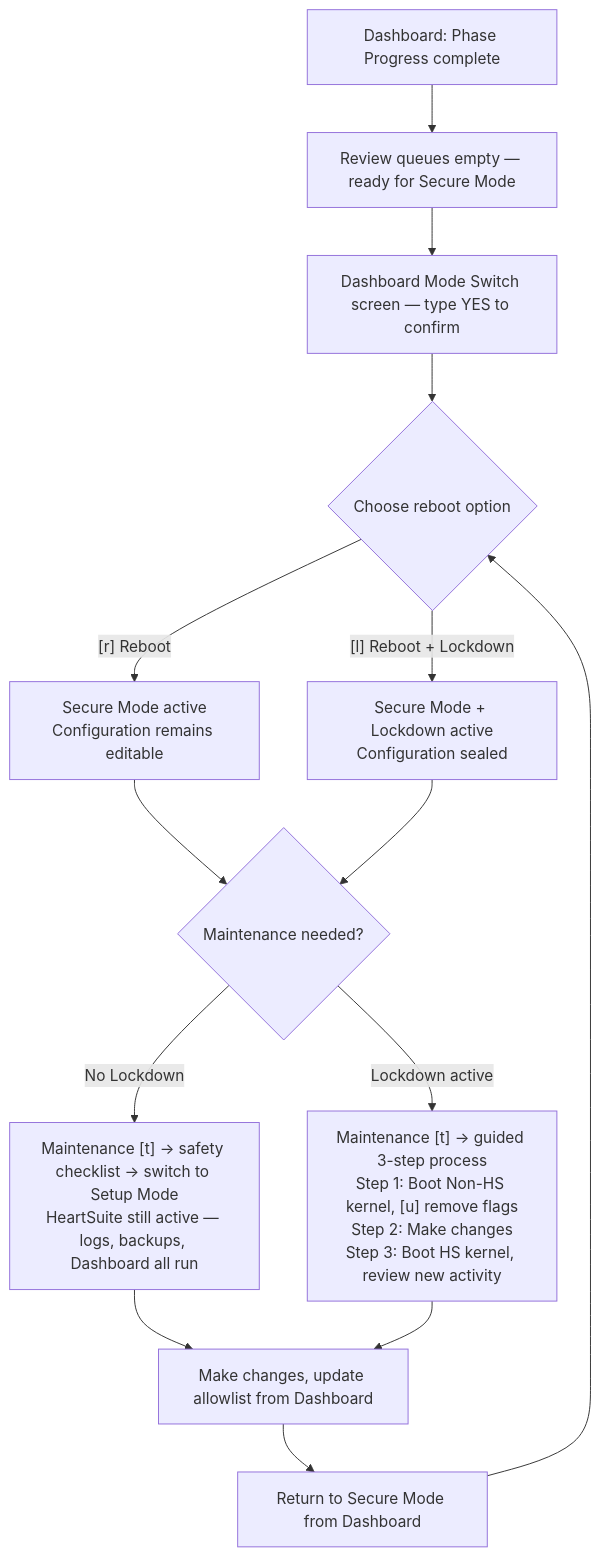
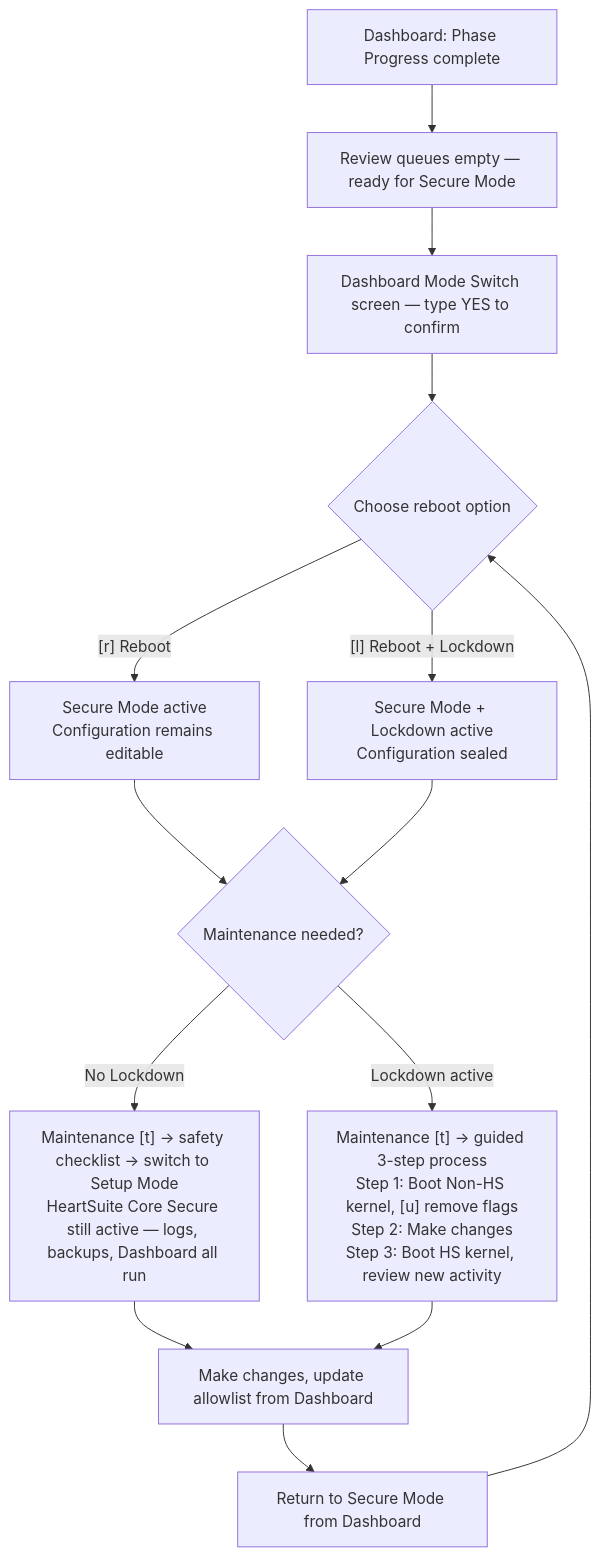
Before and after one commit to HeartSecuritySuite/heartsuite-docs: the diagram in content/en/docs/mode-switching/index.md, drawn with Mermaid. The commit also changed other lines of this file and 404 other files, not shown here.

````diff
--- a/content/en/docs/mode-switching/index.md
+++ b/content/en/docs/mode-switching/index.md
@@ -52,16 +52,16 @@
 ```mermaid
 graph TD
     A["Dashboard: Phase Progress complete"] --> B["Review queues empty — ready for Secure Mode"];
     B --> C["Dashboard Mode Switch screen — type YES to confirm"];
     C --> D{"Choose reboot option"};
     D --> |"[r] Reboot"| E["Secure Mode active\nConfiguration remains editable"];
     D --> |"[l] Reboot + Lockdown"| F["Secure Mode + Lockdown active\nConfiguration sealed"];
     E --> G{Maintenance needed?};
     F --> G;
-    G --> |"No Lockdown"| H["Maintenance [t] → safety checklist → switch to Setup Mode\nHeartSuite still active — logs, backups, Dashboard all run"];
+    G --> |"No Lockdown"| H["Maintenance [t] → safety checklist → switch to Setup Mode\nHeartSuite Core Secure still active — logs, backups, Dashboard all run"];
     G --> |"Lockdown active"| I["Maintenance [t] → guided 3-step process\nStep 1: Boot Non-HS kernel, [u] remove flags\nStep 2: Make changes\nStep 3: Boot HS kernel, review new activity"];
     H --> J["Make changes, update allowlist from Dashboard"];
     I --> J;
     J --> N["Return to Secure Mode from Dashboard"];
     N --> D;
 ```
````
